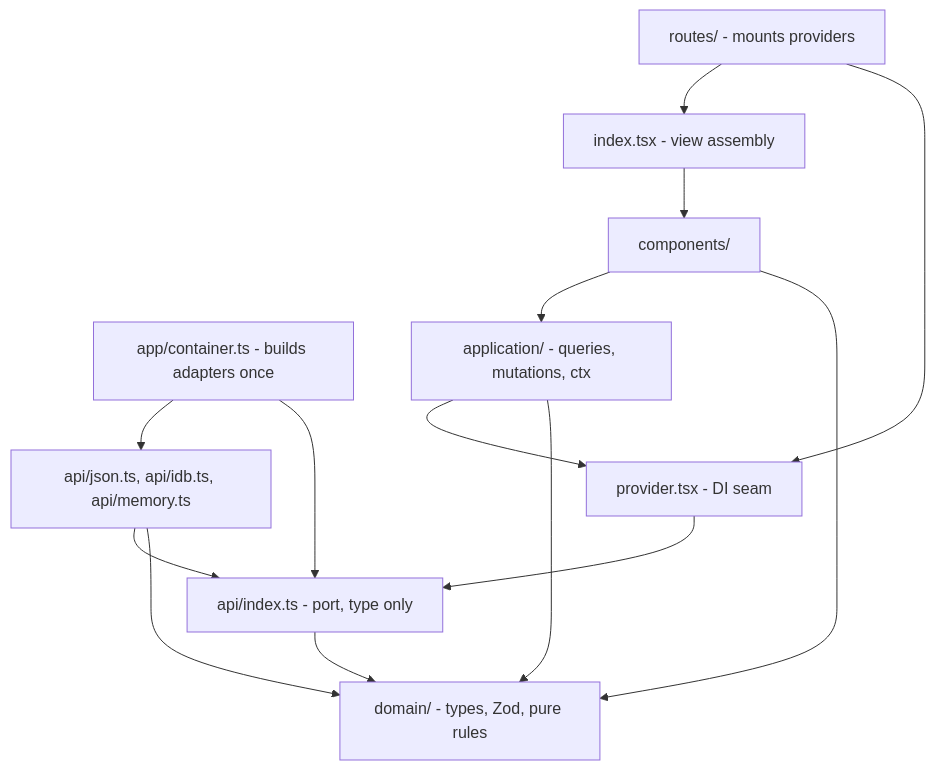
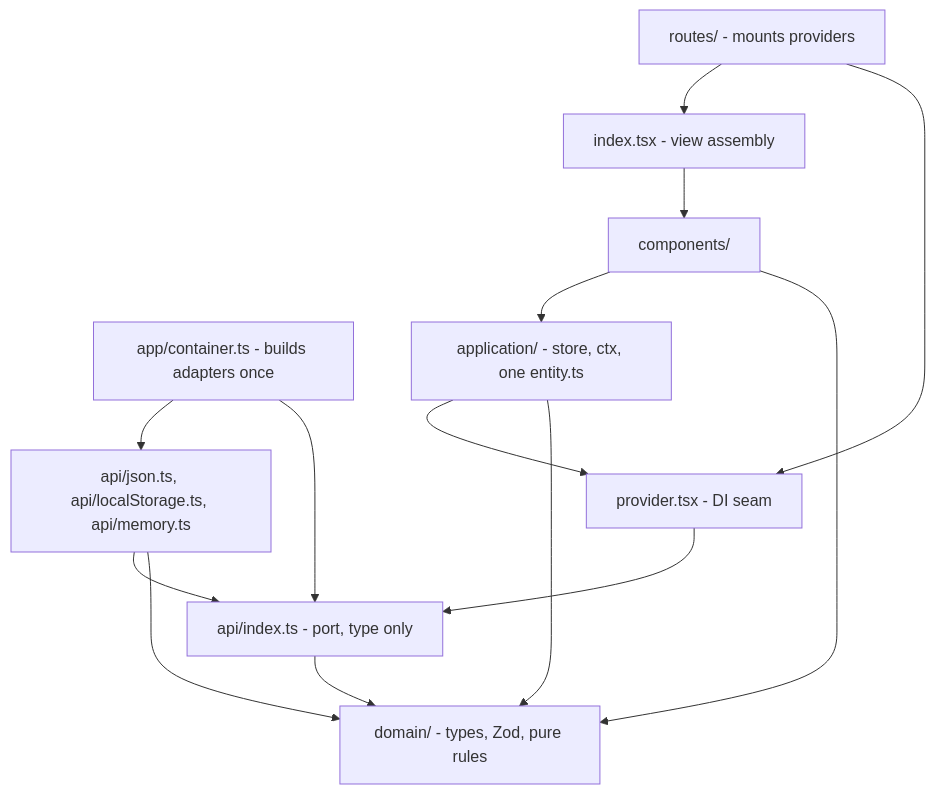
The first of 3 diagrams in ARCHITECTURE.md (AyloSrd/couple-battle-pwa), drawn with Mermaid before and after one commit. The commit also changed other lines of this file and 130 other files, not shown here.

First line of the commit message:
R2 Save + shell: boot-hydrated save store, localStorage write-through

````diff
--- a/ARCHITECTURE.md
+++ b/ARCHITECTURE.md
@@ -66,26 +91,26 @@
 ```mermaid
 flowchart TB
   container["app/container.ts - builds adapters once"]
   routes["routes/ - mounts providers"]
   index["index.tsx - view assembly"]
   components["components/"]
-  application["application/ - queries, mutations, ctx"]
+  application["application/ - store, ctx, one entity.ts"]
   provider["provider.tsx - DI seam"]
   port["api/index.ts - port, type only"]
-  adapters["api/json.ts, api/idb.ts, api/memory.ts"]
+  adapters["api/json.ts, api/localStorage.ts, api/memory.ts"]
   domain["domain/ - types, Zod, pure rules"]
 
   container --> adapters
   container --> port
   routes --> index
   routes --> provider
   index --> components
   components --> application
   components --> domain
   application --> provider
   application --> domain
   provider --> port
   adapters --> port
   adapters --> domain
   port --> domain
 ```
````
